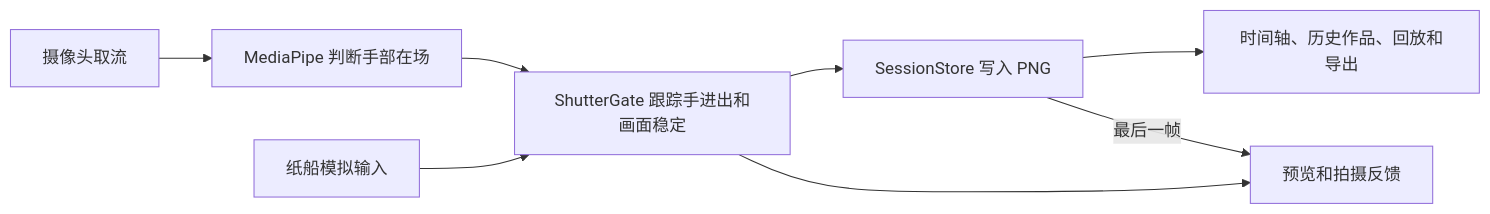
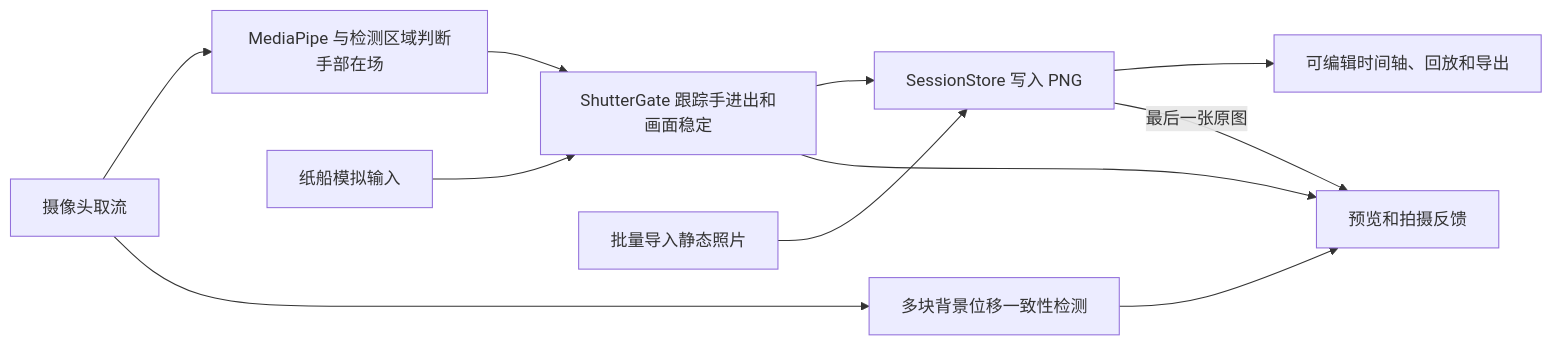
The diagram in docs/课堂验收.md (kesizar/stop-motion-studio), drawn with Mermaid before and after one commit. The commit also changed other lines of this file and 9 other files, not shown here.

````diff
--- a/docs/课堂验收.md
+++ b/docs/课堂验收.md
@@ -26,10 +30,13 @@
 ```mermaid
 flowchart LR
-    A["摄像头取流"] --> B["MediaPipe 判断手部在场"]
+    A["摄像头取流"] --> B["MediaPipe 与检测区域判断手部在场"]
     B --> C["ShutterGate 跟踪手进出和画面稳定"]
     D["纸船模拟输入"] --> C
     C --> E["SessionStore 写入 PNG"]
     C --> F["预览和拍摄反馈"]
-    E --> G["时间轴、历史作品、回放和导出"]
-    E -->|最后一帧| F
+    H["批量导入静态照片"] --> E
+    E --> G["可编辑时间轴、回放和导出"]
+    E -->|最后一张原图| F
+    A --> I["多块背景位移一致性检测"]
+    I --> F
 ```
````
